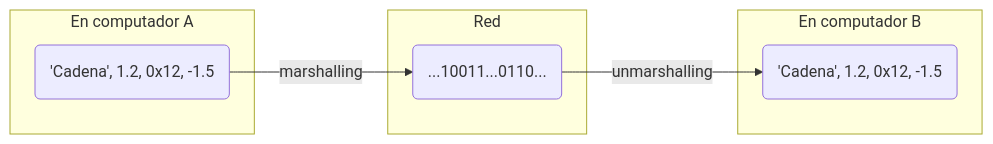
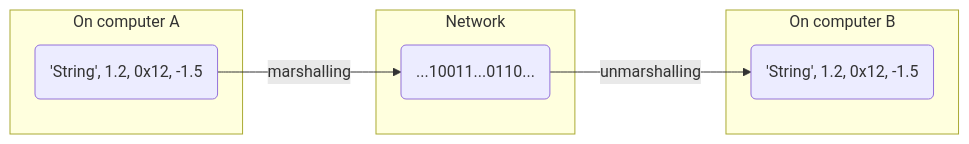
One commit to acaldero/uc3m_ds changed the third of 5 diagrams in materials/topic-sockets/ssdd_sockets.md. Above: the diagram before and after it, drawn with Mermaid. The commit also changed other lines of this file, not shown here.

````diff
--- a/materials/topic-sockets/ssdd_sockets.md
+++ b/materials/topic-sockets/ssdd_sockets.md
@@ -759,15 +772,14 @@
 ```mermaid
    graph LR;
-    E1("'Cadena'", 1.2, 0x12, -1.5) -->|marshalling| E2
-    E2(...10011...0110...) -->|unmarshalling| E3("'Cadena'", 1.2, 0x12, -1.5)
-
-    subgraph "En computador A"
-    E1
-    end
-    subgraph "Red"
-    E2
-    end
-    subgraph "En computador B"
-    E3
-    end
+     E1("'String'", 1.2, 0x12, -1.5) -->|marshalling| E2
+     E2(...10011...0110...) -->|unmarshalling| E3("'String'", 1.2, 0x12, -1.5)
+     subgraph "On computer A"
+     E1
+     end
+     subgraph "Network"
+     E2
+     end
+     subgraph "On computer B"
+     E3
+     end
 ```
````
